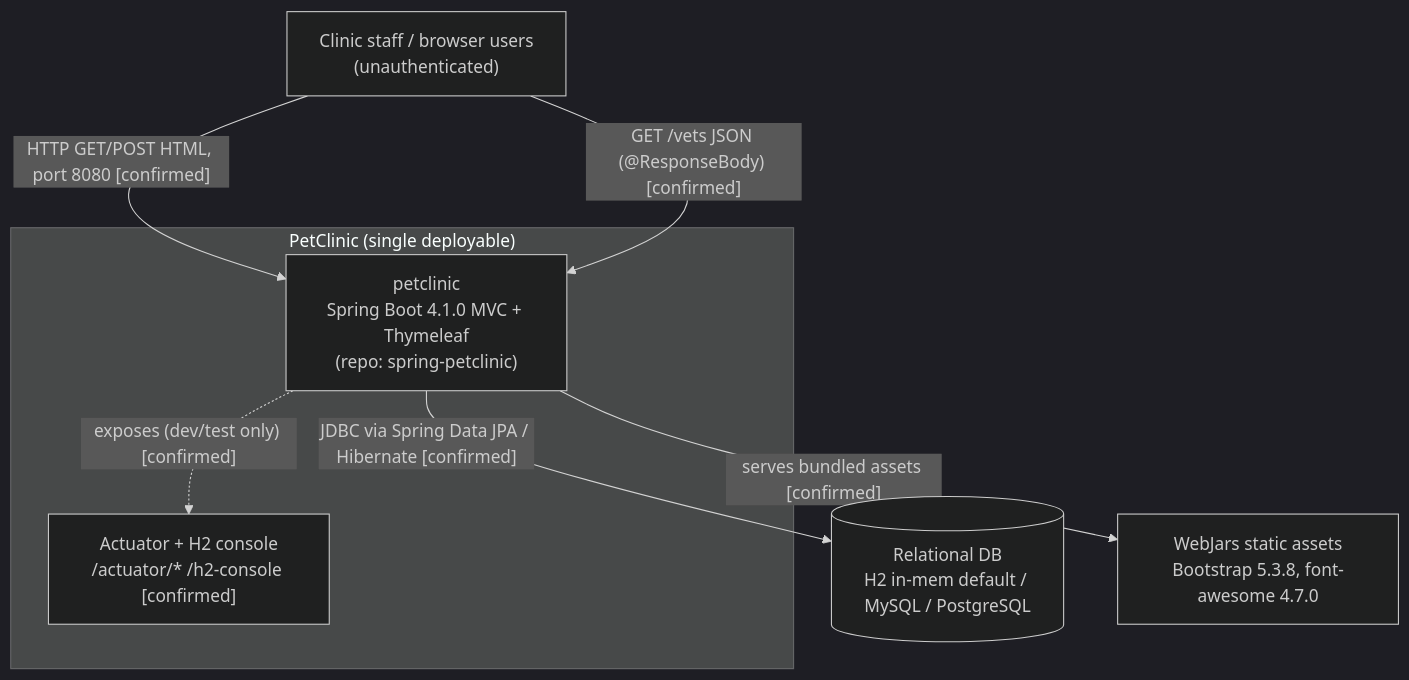
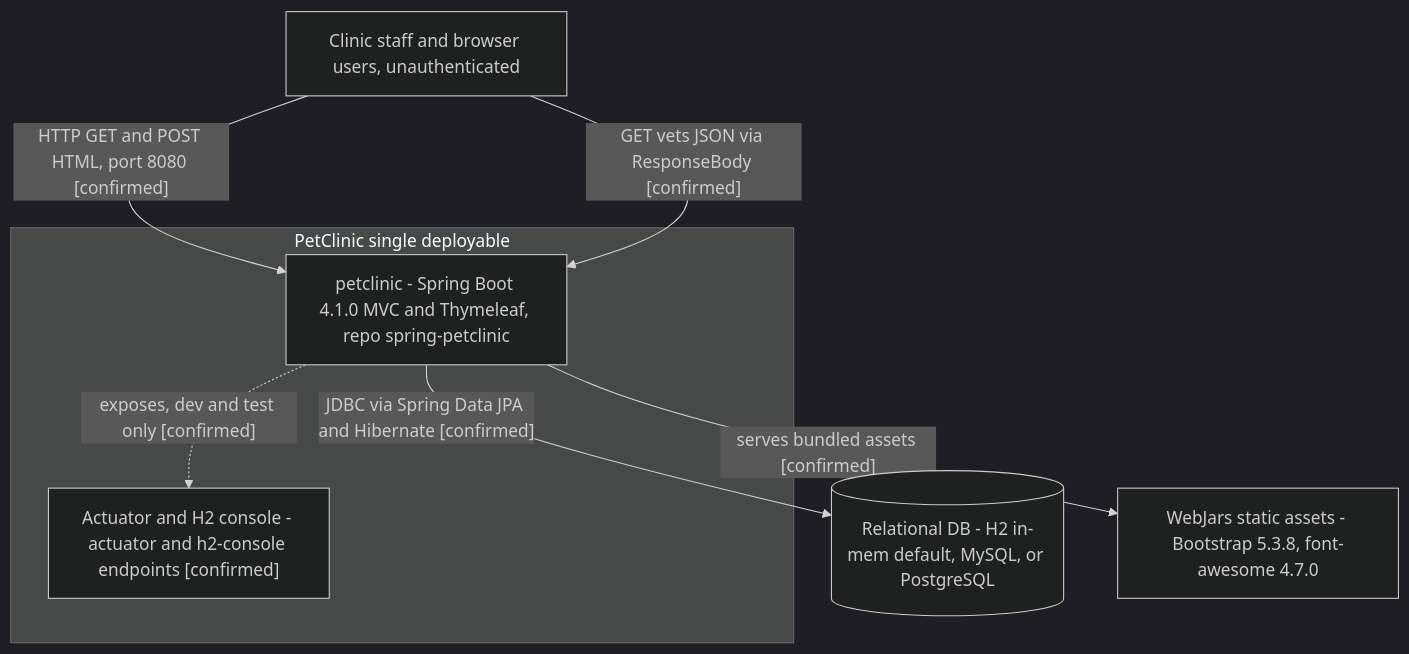
Before and after one commit to vinitsri/spring-petclinic: the first of 7 diagrams in docs/architecture-inventory/architecture-views.md, drawn with Mermaid (dark theme). The commit also changed other lines of this file and 1 other file, not shown here.

Commit message:
docs(architecture-inventory): fix Mermaid syntax and relocate CAKE conflict narrative
- §1 C1 diagram: replace unquoted special chars (+, /, *) and literal
  <br/> tags with plain-text tokens so the graph parses
- §3.2 sequence: declare all participants (incl. Cache) upfront in flow
  order and drop single-quoted aliases
- Move Virtual Visit / Telehealth catalog-vs-code narrative from the
  views scope note and §6 into the inventory; leave a brief gap statement

````diff
--- a/docs/architecture-inventory/architecture-views.md
+++ b/docs/architecture-inventory/architecture-views.md
@@ -14,16 +14,16 @@
 ```mermaid
 graph TD
-    user["Clinic staff / browser users<br/>(unauthenticated)"]
-    subgraph "PetClinic (single deployable)"
-        svc["petclinic<br/>Spring Boot 4.1.0 MVC + Thymeleaf<br/>(repo: spring-petclinic)"]
-        actuator["Actuator + H2 console<br/>/actuator/* /h2-console [confirmed]"]
+    user["Clinic staff and browser users, unauthenticated"]
+    subgraph petclinic_deployable["PetClinic single deployable"]
+        svc["petclinic - Spring Boot 4.1.0 MVC and Thymeleaf, repo spring-petclinic"]
+        actuator["Actuator and H2 console - actuator and h2-console endpoints [confirmed]"]
     end
-    db[("Relational DB<br/>H2 in-mem default / MySQL / PostgreSQL")]
-    assets["WebJars static assets<br/>Bootstrap 5.3.8, font-awesome 4.7.0"]
+    db[("Relational DB - H2 in-mem default, MySQL, or PostgreSQL")]
+    assets["WebJars static assets - Bootstrap 5.3.8, font-awesome 4.7.0"]
 
-    user -->|"HTTP GET/POST HTML, port 8080 [confirmed]"| svc
-    user -->|"GET /vets JSON (@ResponseBody) [confirmed]"| svc
+    user -->|"HTTP GET and POST HTML, port 8080 [confirmed]"| svc
+    user -->|"GET vets JSON via ResponseBody [confirmed]"| svc
     svc -->|"serves bundled assets [confirmed]"| assets
-    svc -->|"JDBC via Spring Data JPA / Hibernate [confirmed]"| db
-    svc -.->|"exposes (dev/test only) [confirmed]"| actuator
+    svc -->|"JDBC via Spring Data JPA and Hibernate [confirmed]"| db
+    svc -.->|"exposes, dev and test only [confirmed]"| actuator
 ```
````
